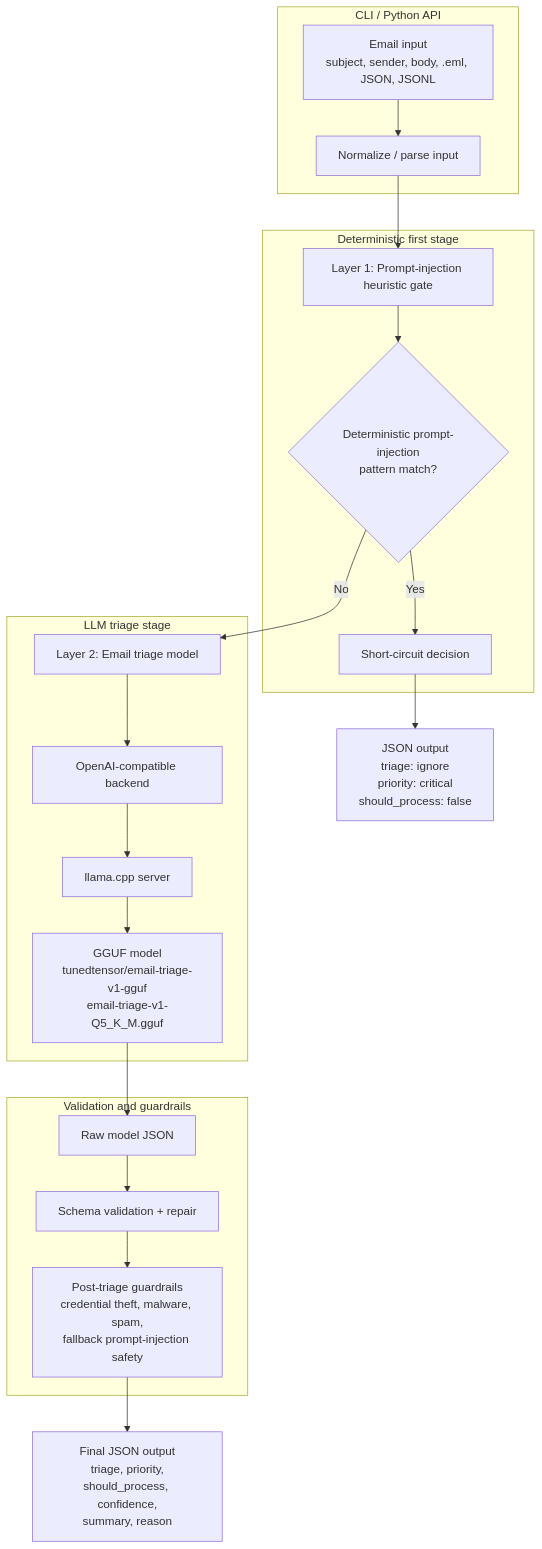
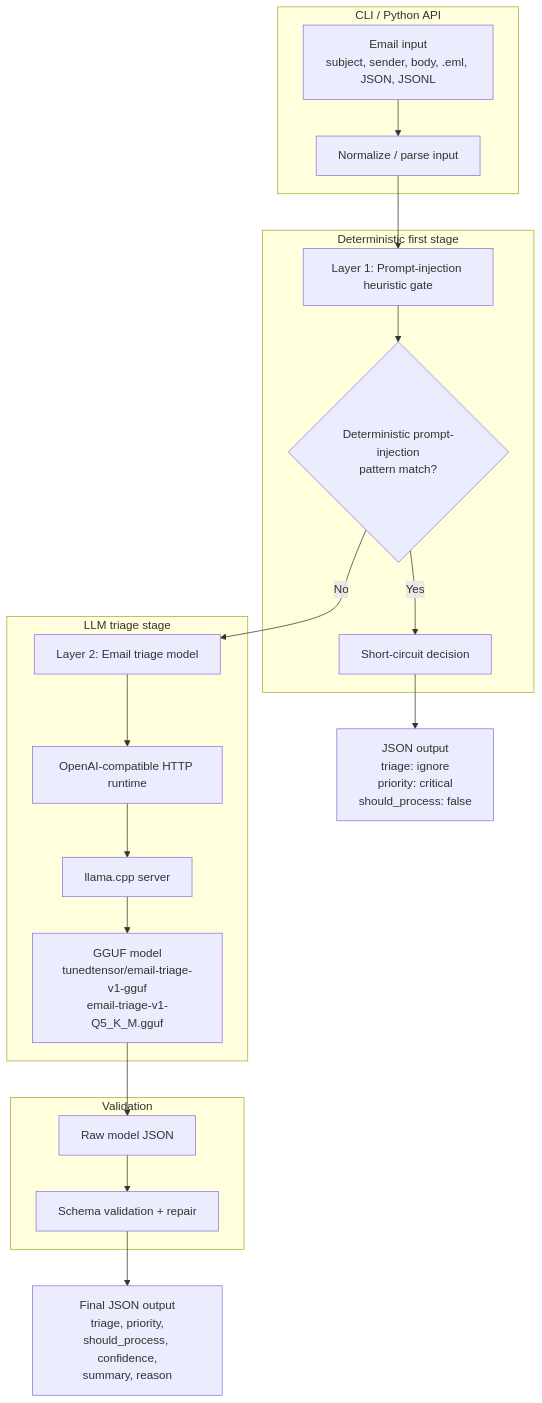
One commit to tunedtensor/email-triage changed the diagram in README.md. Above: the diagram before and after it, drawn with Mermaid. The commit also changed other lines of this file and 12 other files, not shown here.

Commit message:
Simplify email triage HTTP runtime (#5)

````diff
--- a/README.md
+++ b/README.md
@@ -17,44 +18,42 @@
 ```mermaid
 flowchart TD
     A["Email input<br/>subject, sender, body, .eml, JSON, JSONL"] --> B["Normalize / parse input"]
 
     B --> C["Layer 1: Prompt-injection heuristic gate"]
     C --> D{"Deterministic prompt-injection<br/>pattern match?"}
 
     D -- "Yes" --> E["Short-circuit decision"]
     E --> F["JSON output<br/>triage: ignore<br/>priority: critical<br/>should_process: false"]
 
     D -- "No" --> G["Layer 2: Email triage model"]
-    G --> H["OpenAI-compatible backend"]
+    G --> H["OpenAI-compatible HTTP runtime"]
     H --> I["llama.cpp server"]
     I --> J["GGUF model<br/>tunedtensor/email-triage-v1-gguf<br/>email-triage-v1-Q5_K_M.gguf"]
 
     J --> K["Raw model JSON"]
     K --> L["Schema validation + repair"]
-    L --> M["Post-triage guardrails<br/>credential theft, malware, spam,<br/>fallback prompt-injection safety"]
-    M --> N["Final JSON output<br/>triage, priority,<br/>should_process, confidence,<br/>summary, reason"]
+    L --> N["Final JSON output<br/>triage, priority,<br/>should_process, confidence,<br/>summary, reason"]
 
     subgraph CLI["CLI / Python API"]
         A
         B
     end
 
     subgraph Gate["Deterministic first stage"]
         C
         D
         E
     end
 
     subgraph Triage["LLM triage stage"]
         G
         H
         I
         J
     end
 
-    subgraph Safety["Validation and guardrails"]
+    subgraph Validation["Validation"]
         K
         L
-        M
     end
 ```
````
